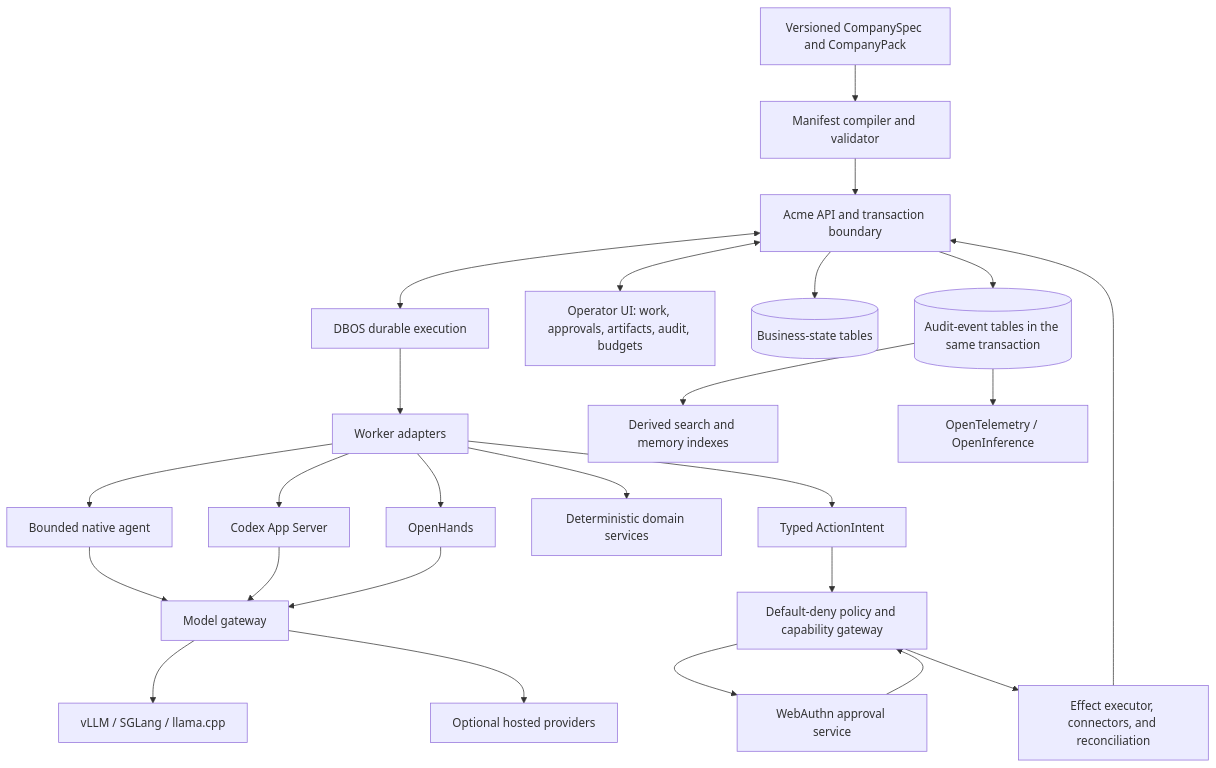
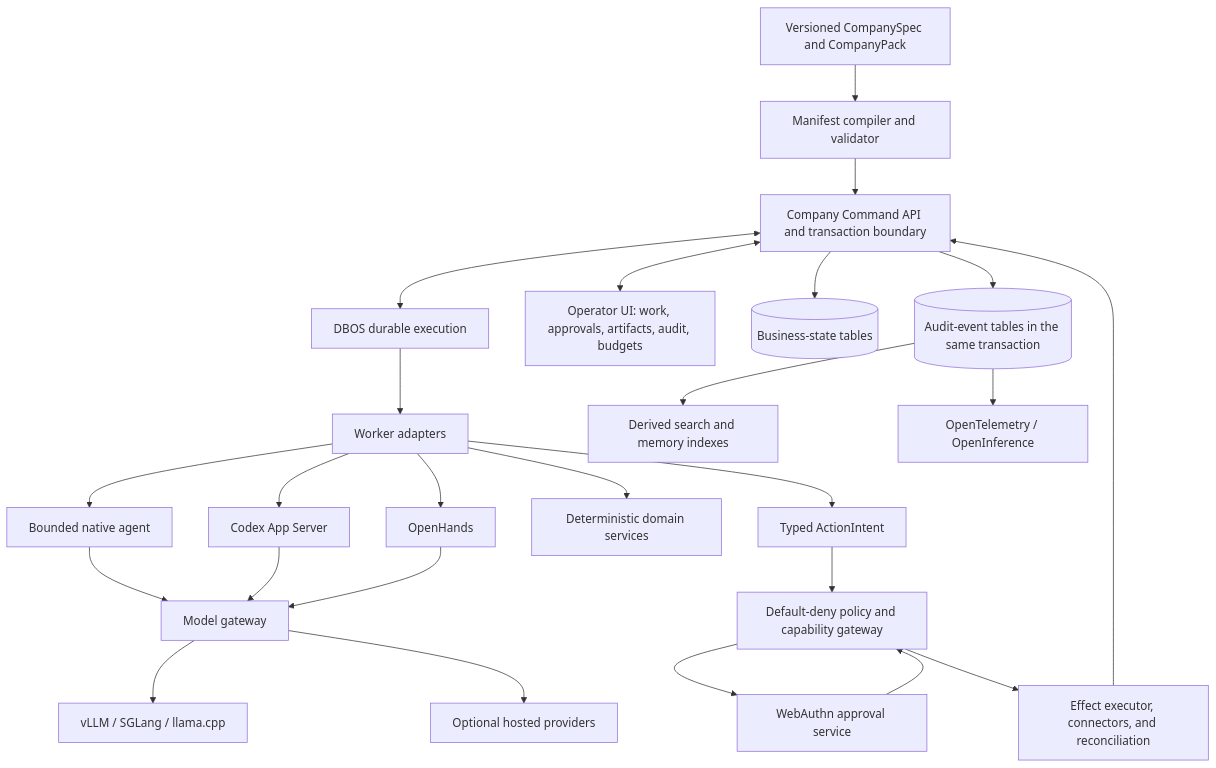
Before and after one commit to advatar/company-command: the diagram in STRATEGY.md, drawn with Mermaid. The commit also changed other lines of this file and 125 other files, not shown here.

Commit message:
rename project to Company Command and add PyPI publishing

```diff
--- a/STRATEGY.md
+++ b/STRATEGY.md
@@ -293,27 +293,27 @@
 ~~~mermaid
 flowchart TB
     Spec[Versioned CompanySpec and CompanyPack] --> Compiler[Manifest compiler and validator]
-    Compiler --> Control[Acme API and transaction boundary]
+    Compiler --> Control[Company Command API and transaction boundary]
     Control <--> Workflow[DBOS durable execution]
     Control <--> UI[Operator UI: work, approvals, artifacts, audit, budgets]
     Control --> Business[(Business-state tables)]
     Control --> Events[(Audit-event tables in the same transaction)]
     Workflow --> Workers[Worker adapters]
     Workers --> Native[Bounded native agent]
     Workers --> Codex[Codex App Server]
     Workers --> OpenHands[OpenHands]
     Workers --> Deterministic[Deterministic domain services]
     Native --> Models[Model gateway]
     Codex --> Models
     OpenHands --> Models
     Models --> Open[vLLM / SGLang / llama.cpp]
     Models --> Hosted[Optional hosted providers]
     Workers --> Intent[Typed ActionIntent]
     Intent --> Policy[Default-deny policy and capability gateway]
     Policy --> Approval[WebAuthn approval service]
     Approval --> Policy
     Policy --> Executor[Effect executor, connectors, and reconciliation]
     Executor --> Control
     Events --> Memory[Derived search and memory indexes]
     Events --> OTel[OpenTelemetry / OpenInference]
 ~~~
```
